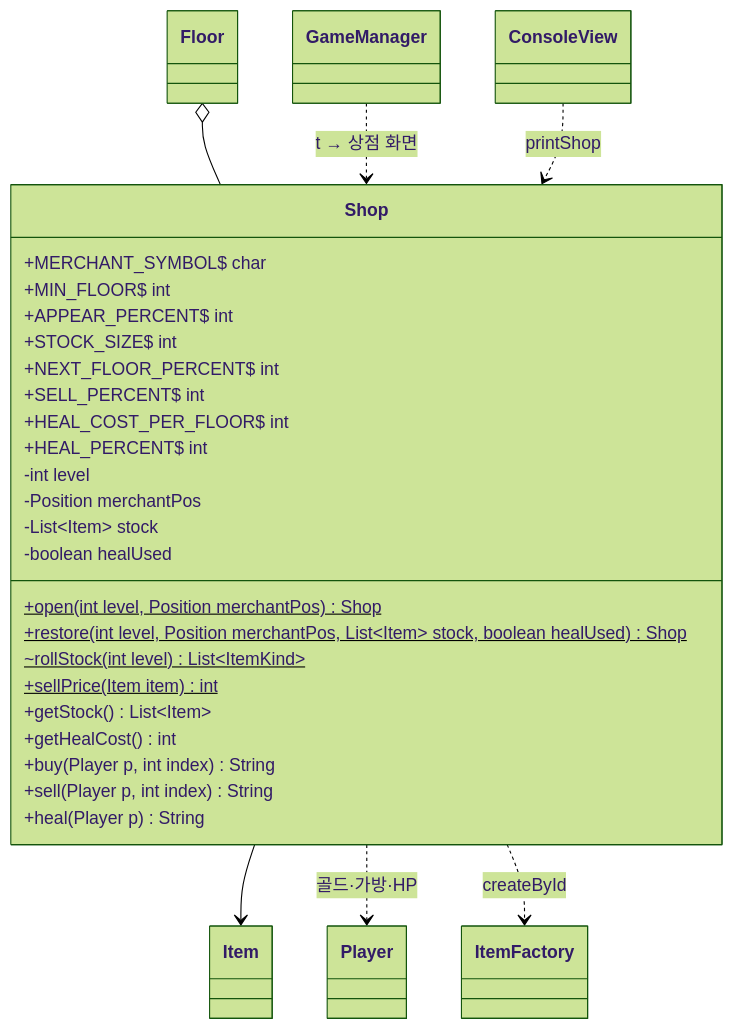
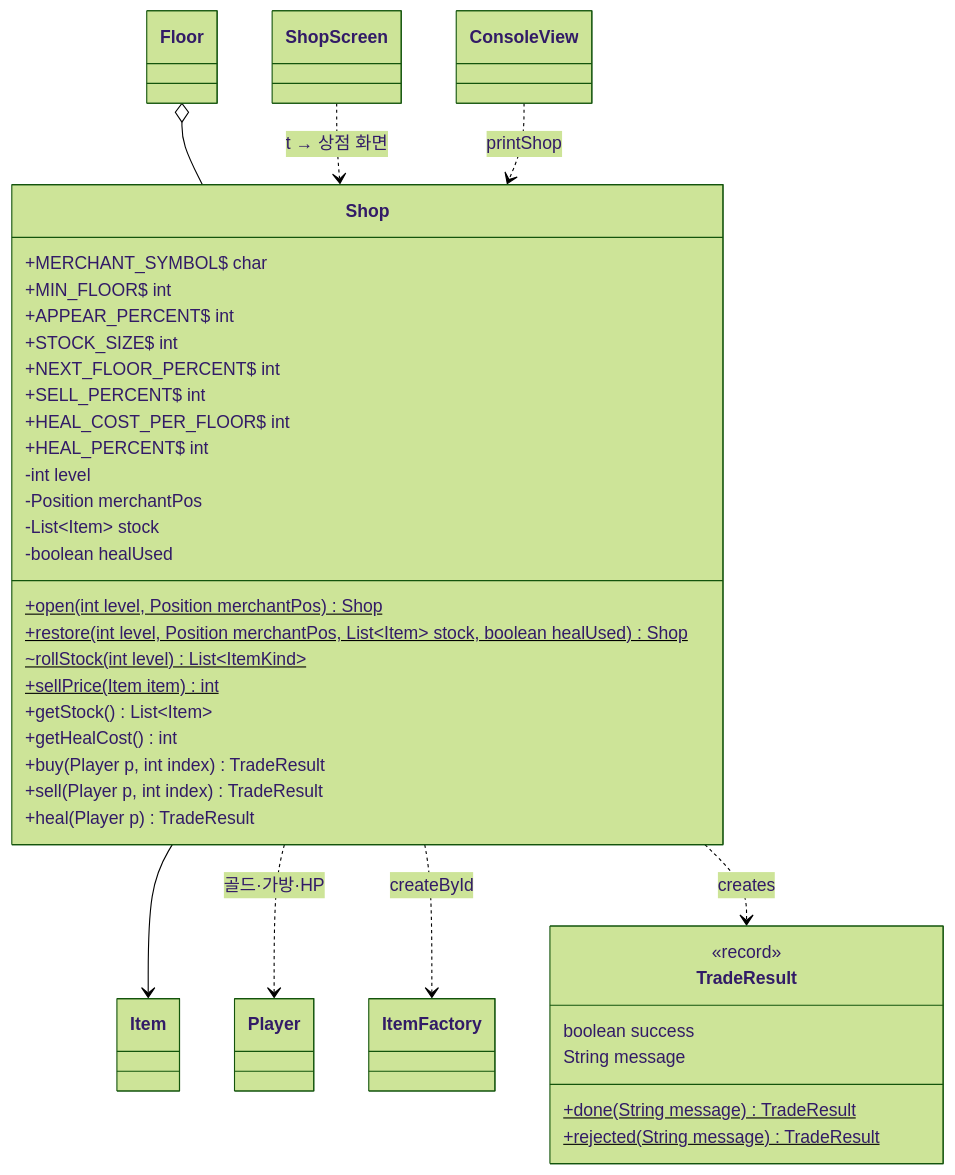
Before and after one commit to likelion-boot-camp-28th/side-project01-team01: the tenth of 10 diagrams in docs/Class-Diagram.md, drawn with Mermaid (forest theme). The commit also changed other lines of this file and 27 other files, not shown here.

First line of the commit message:
refactor: GameManager 화면 분리와 코드 리뷰 Low 항목 정리

````diff
--- a/docs/Class-Diagram.md
+++ b/docs/Class-Diagram.md
@@ -1069,32 +1124,40 @@
 ```mermaid
 classDiagram
     class Shop {
         +MERCHANT_SYMBOL$ char
         +MIN_FLOOR$ int
         +APPEAR_PERCENT$ int
         +STOCK_SIZE$ int
         +NEXT_FLOOR_PERCENT$ int
         +SELL_PERCENT$ int
         +HEAL_COST_PER_FLOOR$ int
         +HEAL_PERCENT$ int
         -int level
         -Position merchantPos
         -List~Item~ stock
         -boolean healUsed
         +open(int level, Position merchantPos)$ Shop
         +restore(int level, Position merchantPos, List~Item~ stock, boolean healUsed)$ Shop
         ~rollStock(int level)$ List~ItemKind~
         +sellPrice(Item item)$ int
         +getStock() List~Item~
         +getHealCost() int
-        +buy(Player p, int index) String
-        +sell(Player p, int index) String
-        +heal(Player p) String
+        +buy(Player p, int index) TradeResult
+        +sell(Player p, int index) TradeResult
+        +heal(Player p) TradeResult
+    }
+    class TradeResult {
+        <<record>>
+        boolean success
+        String message
+        +done(String message)$ TradeResult
+        +rejected(String message)$ TradeResult
     }
     Floor o-- Shop
     Shop --> Item
     Shop ..> Player : 골드·가방·HP
     Shop ..> ItemFactory : createById
-    GameManager ..> Shop : t → 상점 화면
+    Shop ..> TradeResult : creates
+    ShopScreen ..> Shop : t → 상점 화면
     ConsoleView ..> Shop : printShop
 ```
````
